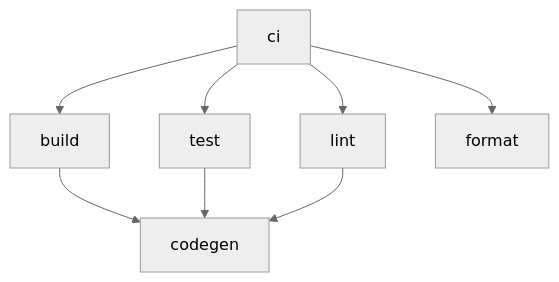
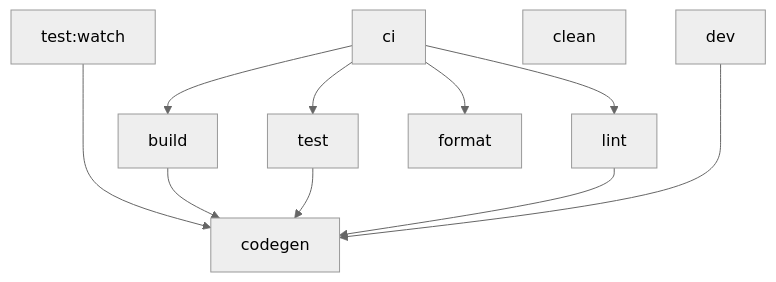
One commit to connorjs/nx-polyglot-example changed the first of 2 diagrams in README.md. Above: the diagram before and after it, drawn with Mermaid (neutral theme). The commit also changed other lines of this file and 1 other file, not shown here.

````diff
--- a/README.md
+++ b/README.md
@@ -112,11 +112,16 @@
 ```mermaid
 graph TB;
+    test:watch ---> codegen
+    
     ci --> build
     ci --> test
     ci --> lint
     ci --> format
     
     build --> codegen
     test --> codegen
     lint --> codegen
+    
+    clean
+    dev ---> codegen
 ```
````
